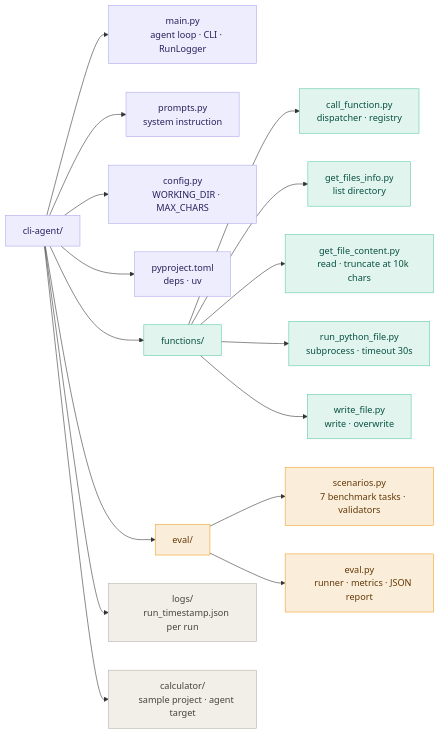
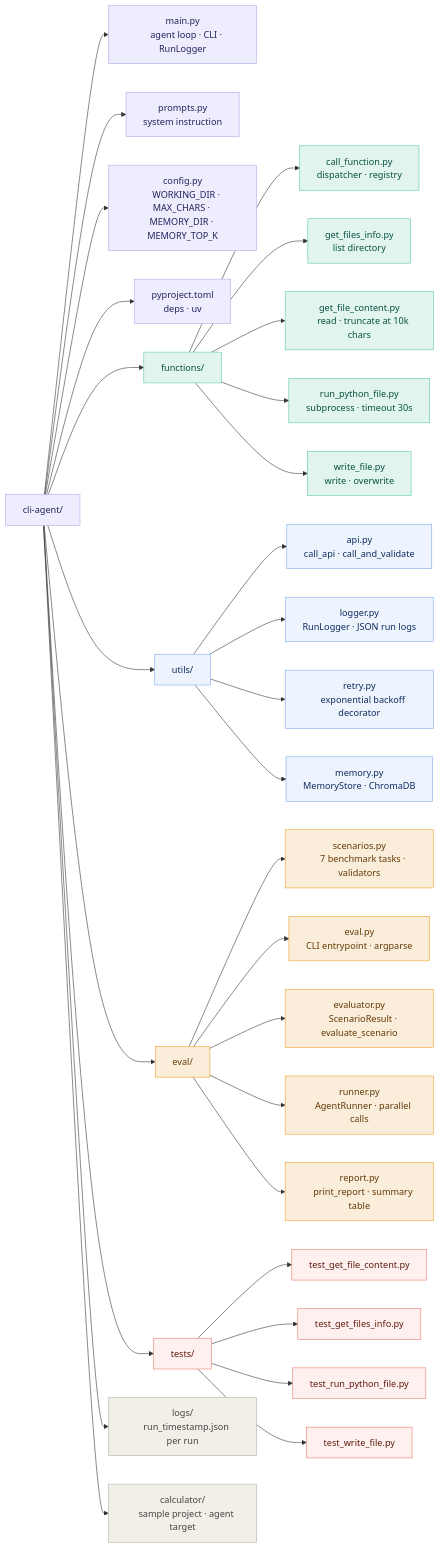
One commit to Xyveran/CLI-Agent changed the second of 2 diagrams in README.md. Above: the diagram before and after it, drawn with Mermaid. The commit also changed other lines of this file, not shown here.

First line of the commit message:
Update README.md for vector store merge

```diff
--- a/README.md
+++ b/README.md
@@ -246,7 +271,7 @@
     ROOT --> PROMPTS["prompts.py
     system instruction"]
     ROOT --> CONFIG["config.py
-    WORKING_DIR · MAX_CHARS"]
+    WORKING_DIR · MAX_CHARS · MEMORY_DIR · MEMORY_TOP_K"]
     ROOT --> PYPROJECT["pyproject.toml
     deps · uv"]
 
@@ -262,11 +287,33 @@
     FN --> WF["write_file.py
     write · overwrite"]
 
+    ROOT --> UT["utils/"]
+    UT --> API["api.py
+    call_api · call_and_validate"]
+    UT --> LG2["logger.py
+    RunLogger · JSON run logs"]
+    UT --> RT["retry.py
+    exponential backoff decorator"]
+    UT --> MEM["memory.py
+    MemoryStore · ChromaDB"]
+
     ROOT --> EV["eval/"]
     EV --> SC["scenarios.py
     7 benchmark tasks · validators"]
     EV --> EL["eval.py
-    runner · metrics · JSON report"]
+    CLI entrypoint · argparse"]
+    EV --> EVR["evaluator.py
+    ScenarioResult · evaluate_scenario"]
+    EV --> RN["runner.py
+    AgentRunner · parallel calls"]
+    EV --> RP["report.py
+    print_report · summary table"]
+
+    ROOT --> TS["tests/"]
+    TS --> T1["test_get_file_content.py"]
+    TS --> T2["test_get_files_info.py"]
+    TS --> T3["test_run_python_file.py"]
+    TS --> T4["test_write_file.py"]
 
     ROOT --> LG["logs/
     run_timestamp.json per run"]
@@ -286,9 +333,24 @@
     style RPF fill:#E1F5EE,stroke:#5DCAA5,color:#085041
     style WF fill:#E1F5EE,stroke:#5DCAA5,color:#085041
 
+    style UT fill:#EEF4FE,stroke:#7AAAE8,color:#0D2B5E
+    style API fill:#EEF4FE,stroke:#7AAAE8,color:#0D2B5E
+    style LG2 fill:#EEF4FE,stroke:#7AAAE8,color:#0D2B5E
+    style RT fill:#EEF4FE,stroke:#7AAAE8,color:#0D2B5E
+    style MEM fill:#EEF4FE,stroke:#7AAAE8,color:#0D2B5E
+
     style EV fill:#FAEEDA,stroke:#EF9F27,color:#633806
     style SC fill:#FAEEDA,stroke:#EF9F27,color:#633806
     style EL fill:#FAEEDA,stroke:#EF9F27,color:#633806
+    style EVR fill:#FAEEDA,stroke:#EF9F27,color:#633806
+    style RN fill:#FAEEDA,stroke:#EF9F27,color:#633806
+    style RP fill:#FAEEDA,stroke:#EF9F27,color:#633806
+
+    style TS fill:#FEF0EE,stroke:#E87A6A,color:#5E1A0D
+    style T1 fill:#FEF0EE,stroke:#E87A6A,color:#5E1A0D
+    style T2 fill:#FEF0EE,stroke:#E87A6A,color:#5E1A0D
+    style T3 fill:#FEF0EE,stroke:#E87A6A,color:#5E1A0D
+    style T4 fill:#FEF0EE,stroke:#E87A6A,color:#5E1A0D
 
     style LG fill:#F1EFE8,stroke:#B4B2A9,color:#444441
     style CA fill:#F1EFE8,stroke:#B4B2A9,color:#444441
```
